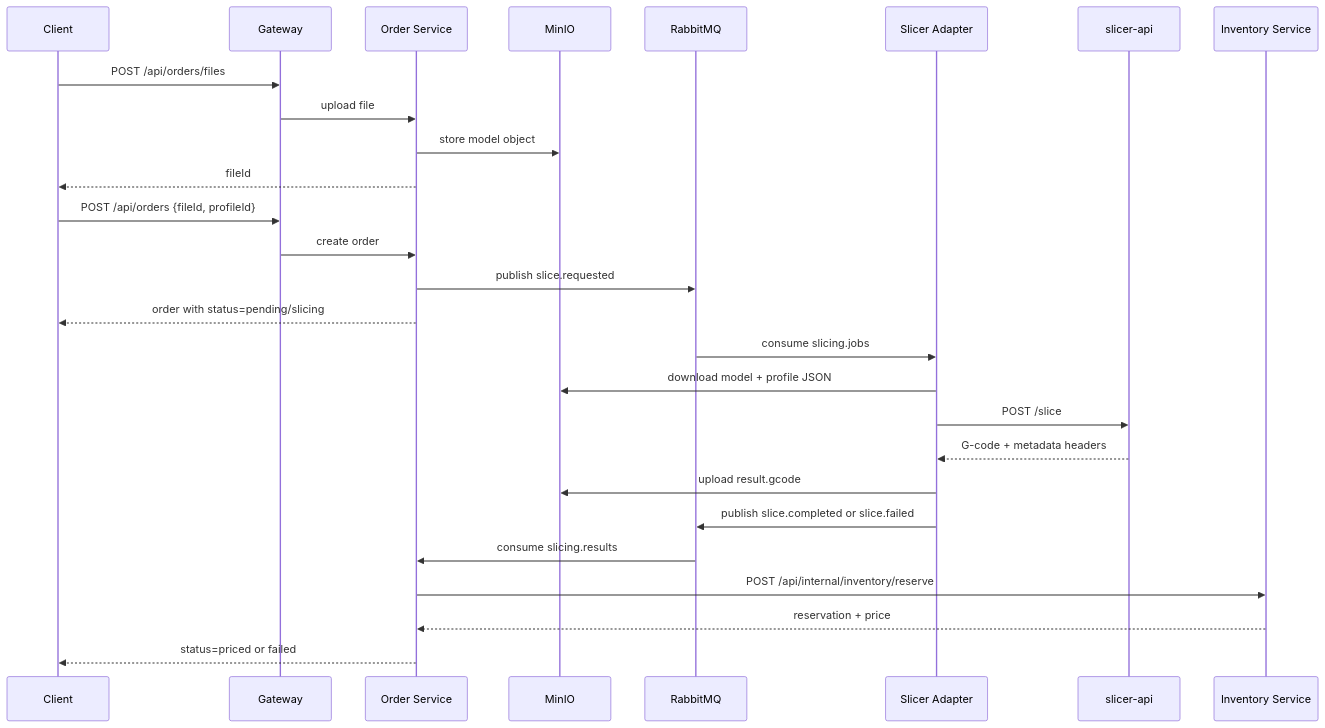
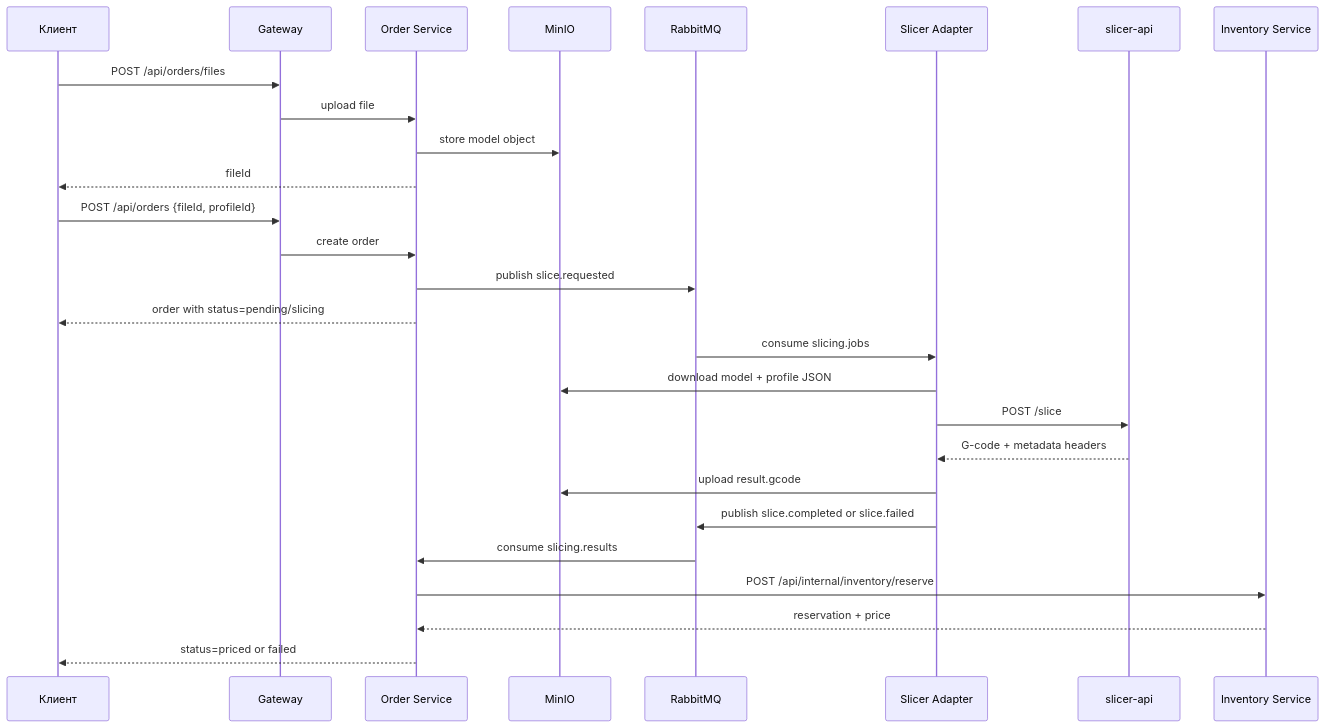
The second of 3 diagrams in README.md (qualtt/restful-slice), drawn with Mermaid before and after one commit. The commit also changed other lines of this file, not shown here.

````diff
--- a/README.md
+++ b/README.md
@@ -86,33 +106,33 @@
 ```mermaid
 sequenceDiagram
-    participant Client
-    participant Gateway
+    participant Client as Клиент
+    participant Gateway as Gateway
     participant Order as Order Service
     participant MinIO
     participant MQ as RabbitMQ
     participant Worker as Slicer Adapter
     participant Slicer as slicer-api
     participant Inventory as Inventory Service
 
     Client->>Gateway: POST /api/orders/files
     Gateway->>Order: upload file
     Order->>MinIO: store model object
     Order-->>Client: fileId
 
     Client->>Gateway: POST /api/orders {fileId, profileId}
     Gateway->>Order: create order
     Order->>MQ: publish slice.requested
     Order-->>Client: order with status=pending/slicing
 
     MQ->>Worker: consume slicing.jobs
     Worker->>MinIO: download model + profile JSON
     Worker->>Slicer: POST /slice
     Slicer-->>Worker: G-code + metadata headers
     Worker->>MinIO: upload result.gcode
     Worker->>MQ: publish slice.completed or slice.failed
 
     MQ->>Order: consume slicing.results
     Order->>Inventory: POST /api/internal/inventory/reserve
     Inventory-->>Order: reservation + price
     Order-->>Client: status=priced or failed
 ```
````
